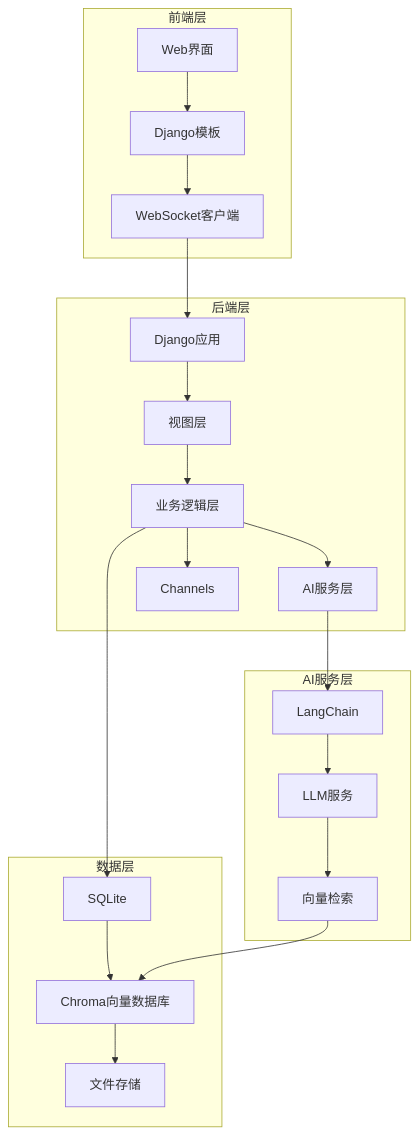
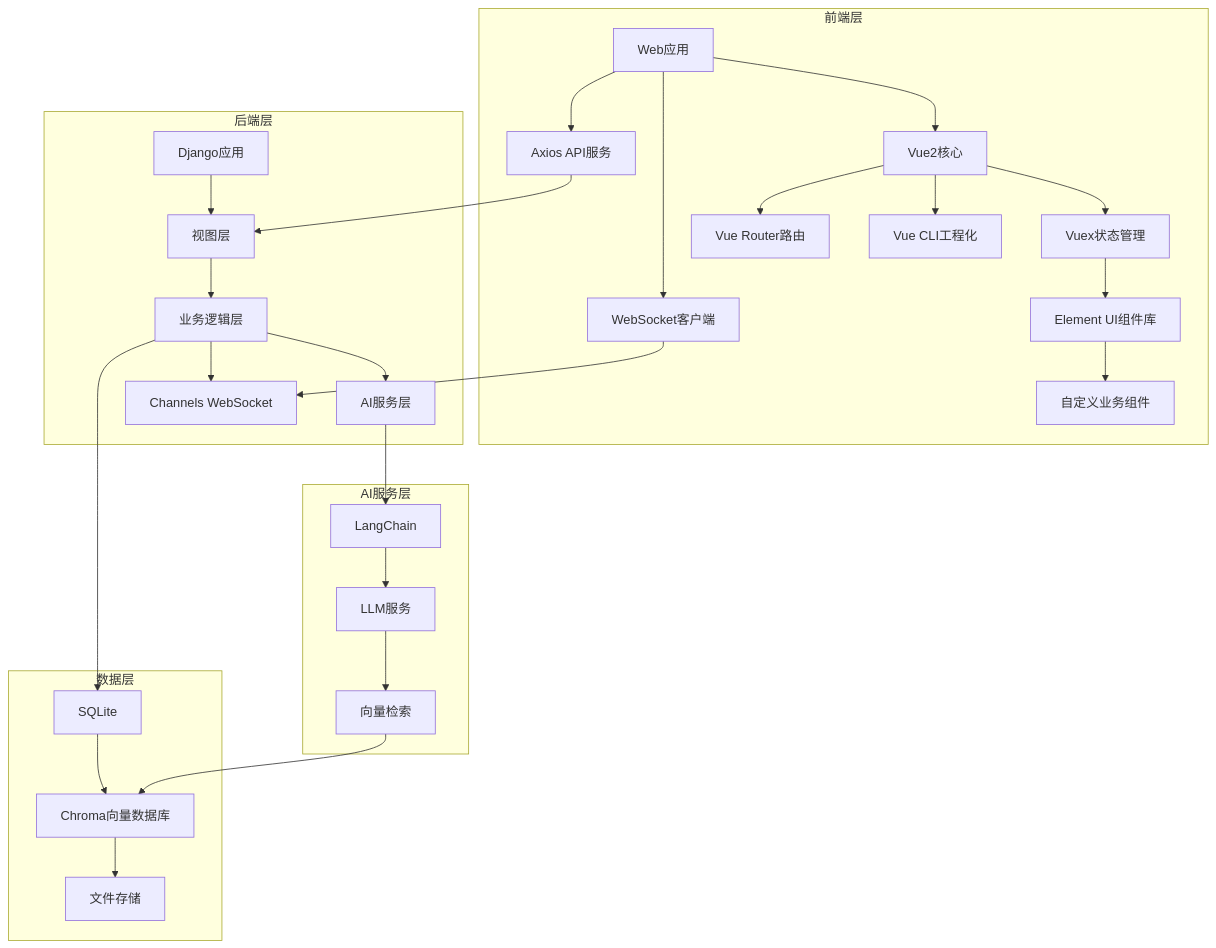
The first of 2 diagrams in docs/system_design.md (jiangandhao/Inquiry-Spring), drawn with Mermaid before and after one commit. The commit also changed other lines of this file, not shown here.

````diff
--- a/docs/system_design.md
+++ b/docs/system_design.md
@@ -6,29 +6,36 @@
 ```mermaid
 graph TB
     subgraph 前端层
-        A1[Web界面] --> A2[Django模板]
-        A2 --> A3[WebSocket客户端]
+        A1[Web应用] --> A2[Vue2核心]
+        A2 --> A3[Vuex状态管理]
+        A3 --> A4[Element UI组件库]
+        A2 --> A5[Vue Router路由]
+        A1 --> A6[WebSocket客户端]
+        A1 --> A7[Axios API服务]
+        A4 --> A8[自定义业务组件]
+        A2 --> A9[Vue CLI工程化]
     end
 
     subgraph 后端层
         B1[Django应用] --> B2[视图层]
         B2 --> B3[业务逻辑层]
         B3 --> B4[AI服务层]
-        B3 --> B5[Channels]
+        B3 --> B5[Channels WebSocket]
     end
 
     subgraph 数据层
         C1[SQLite] --> C2[Chroma向量数据库]
         C2 --> C3[文件存储]
     end
 
     subgraph AI服务层
         D1[LangChain] --> D2[LLM服务]
         D2 --> D3[向量检索]
     end
 
-    A3 --> B1
+    A6 --> B5
+    A7 --> B2
     B4 --> D1
     B3 --> C1
     D3 --> C2
 ```
````
